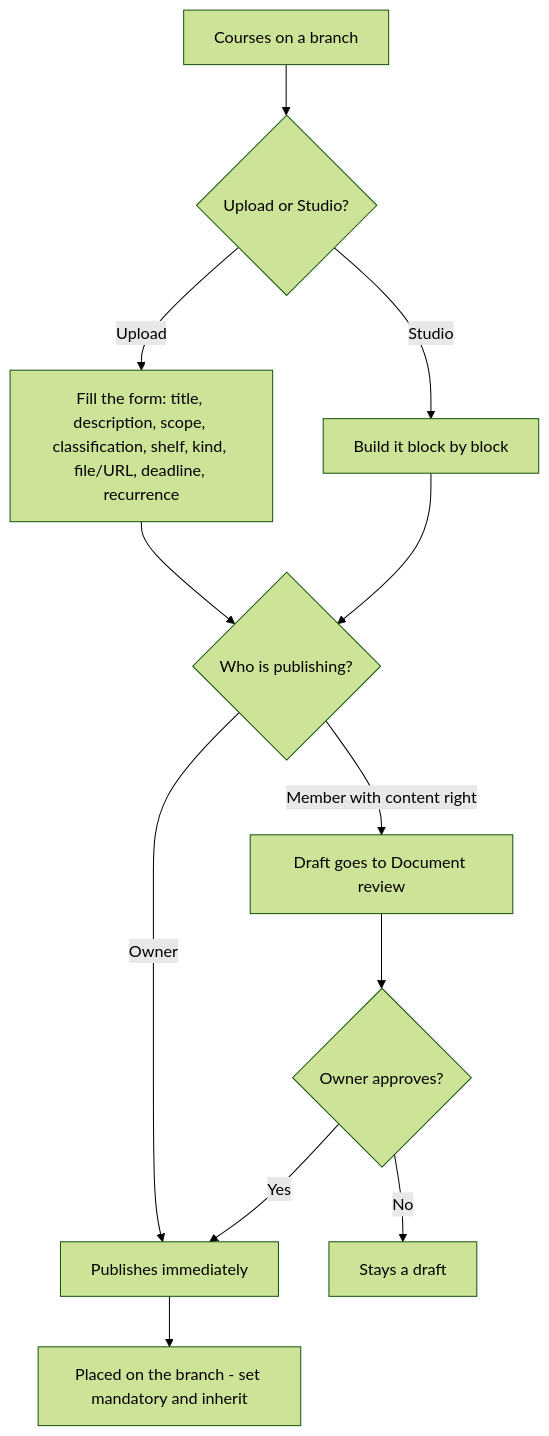
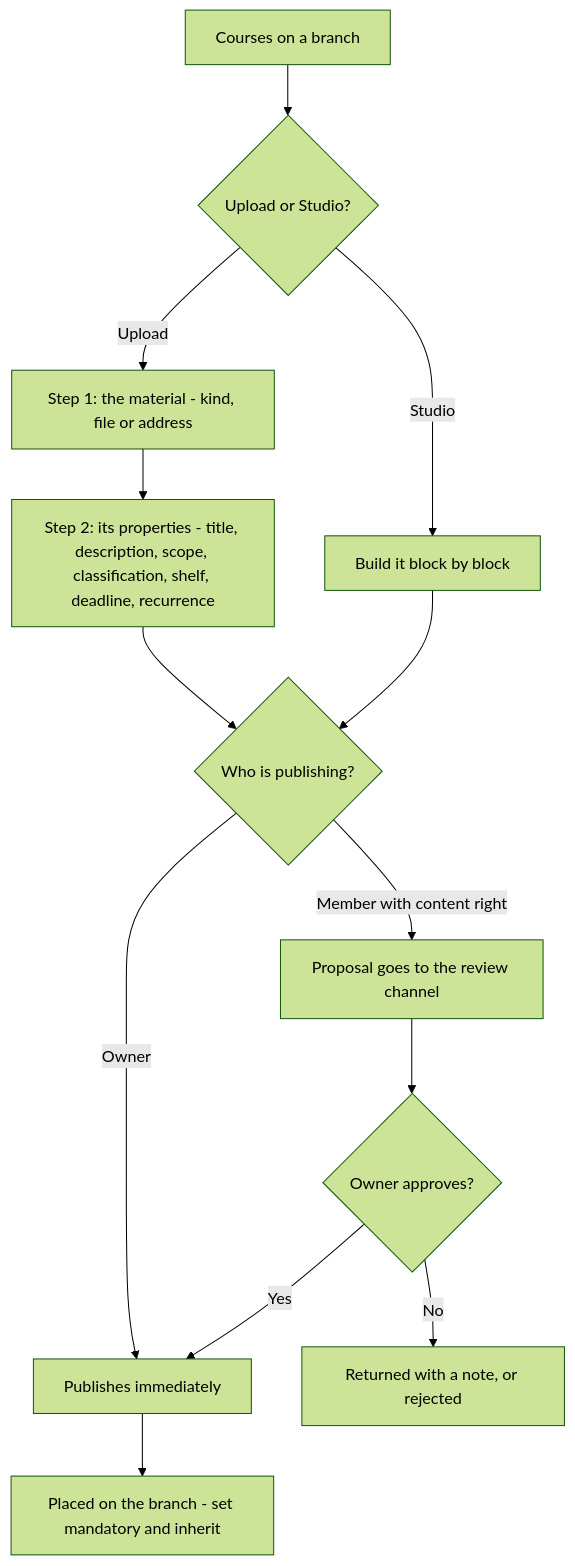
One commit to ignitelogic1519/Organisation-Knowledge-Vault changed the seventh of 53 diagrams in apps/web/public/guide/Knowledge-Vault-Main-Guide-Book.md. Above: the diagram before and after it, drawn with Mermaid (forest theme). The commit also changed other lines of this file and 31 other files, not shown here.

````diff
--- a/apps/web/public/guide/Knowledge-Vault-Main-Guide-Book.md
+++ b/apps/web/public/guide/Knowledge-Vault-Main-Guide-Book.md
@@ -912,14 +1447,15 @@
 ```mermaid
 flowchart TD
     A["Courses on a branch"] --> B{"Upload or Studio?"}
-    B -->|Upload| C["Fill the form: title, description, scope, classification, shelf, kind, file/URL, deadline, recurrence"]
+    B -->|Upload| C["Step 1: the material - kind, file or address"]
+    C --> C2["Step 2: its properties - title, description, scope, classification, shelf, deadline, recurrence"]
     B -->|Studio| D["Build it block by block"]
-    C --> E{"Who is publishing?"}
+    C2 --> E{"Who is publishing?"}
     D --> E
     E -->|Owner| F["Publishes immediately"]
-    E -->|Member with content right| G["Draft goes to Document review"]
+    E -->|Member with content right| G["Proposal goes to the review channel"]
     G --> H{"Owner approves?"}
     H -->|Yes| F
-    H -->|No| I["Stays a draft"]
+    H -->|No| I["Returned with a note, or rejected"]
     F --> J["Placed on the branch - set mandatory and inherit"]
 ```
````
